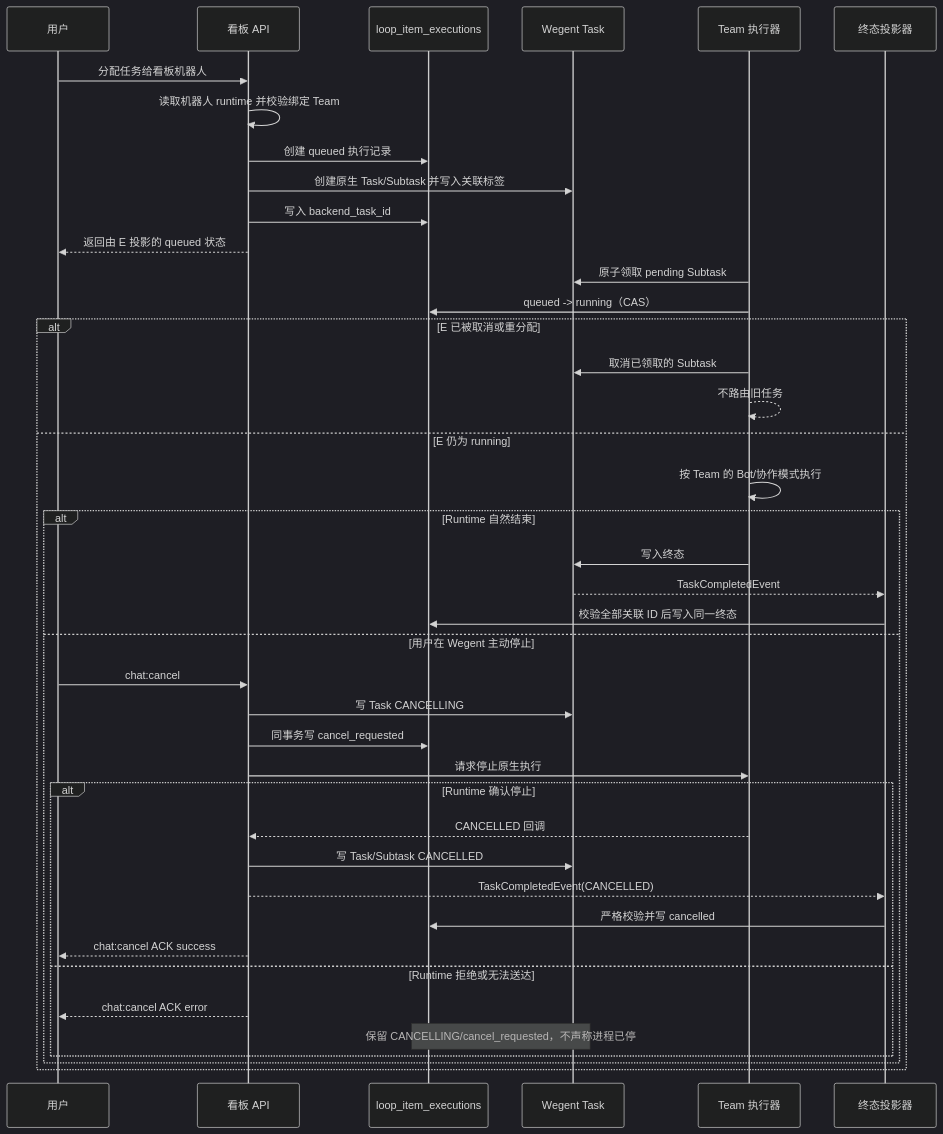
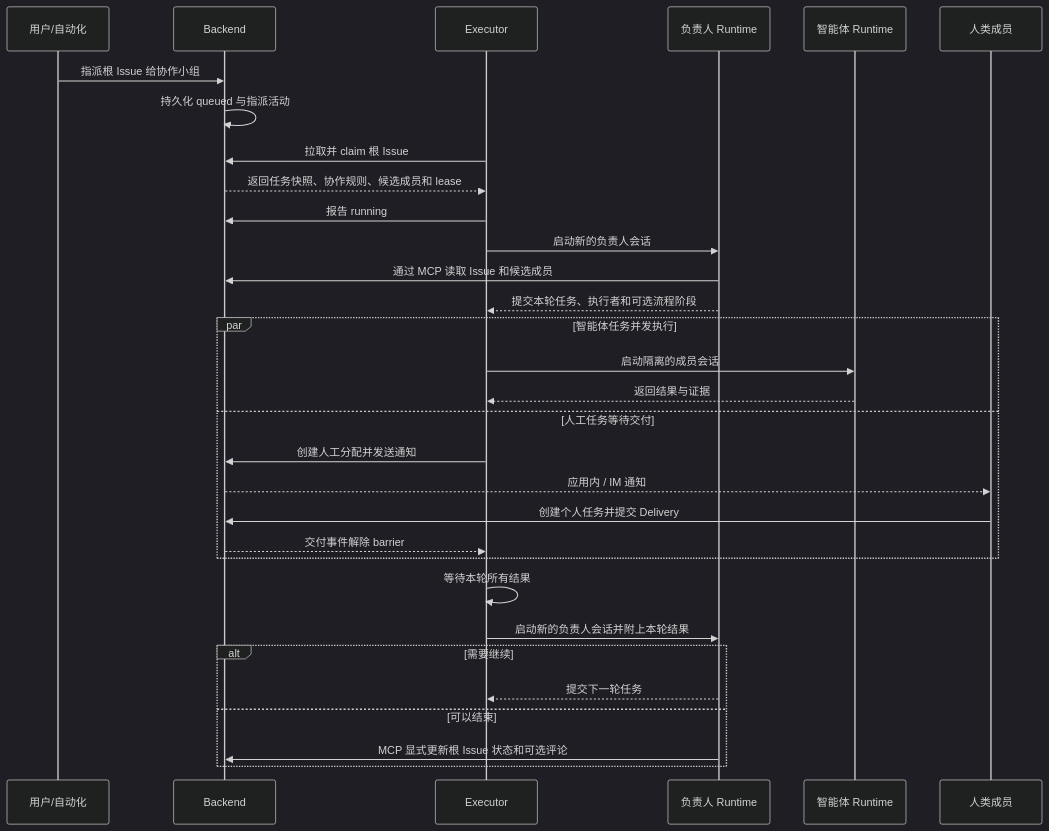
The second of 4 diagrams in i18n/zh/docusaurus-plugin-content-docs/current/wegent/developer-guide/cloud-project-collaboration.md (wecode-ai/wegent-docs), drawn with Mermaid (dark theme) before and after one commit. The commit also changed other lines of this file and 5 other files, not shown here.

````diff
--- a/i18n/zh/docusaurus-plugin-content-docs/current/wegent/developer-guide/cloud-project-collaboration.md
+++ b/i18n/zh/docusaurus-plugin-content-docs/current/wegent/developer-guide/cloud-project-collaboration.md
@@ -341,44 +162,34 @@
 ```mermaid
 sequenceDiagram
-    participant U as 用户
-    participant B as 看板 API
-    participant E as loop_item_executions
-    participant T as Wegent Task
-    participant R as Team 执行器
-    participant C as 终态投影器
+    participant U as 用户/自动化
+    participant B as Backend
+    participant E as Executor
+    participant M as 负责人 Runtime
+    participant A as 智能体 Runtime
+    participant H as 人类成员
 
-    U->>B: 分配任务给看板机器人
-    B->>B: 读取机器人 runtime 并校验绑定 Team
-    B->>E: 创建 queued 执行记录
-    B->>T: 创建原生 Task/Subtask 并写入关联标签
-    B->>E: 写入 backend_task_id
-    B-->>U: 返回由 E 投影的 queued 状态
-    R->>T: 原子领取 pending Subtask
-    R->>E: queued -> running（CAS）
-    alt E 已被取消或重分配
-        R->>T: 取消已领取的 Subtask
-        R-->>R: 不路由旧任务
-    else E 仍为 running
-        R->>R: 按 Team 的 Bot/协作模式执行
-        alt Runtime 自然结束
-            R->>T: 写入终态
-            T-->>C: TaskCompletedEvent
-            C->>E: 校验全部关联 ID 后写入同一终态
-        else 用户在 Wegent 主动停止
-            U->>B: chat:cancel
-            B->>T: 写 Task CANCELLING
-            B->>E: 同事务写 cancel_requested
-            B->>R: 请求停止原生执行
-            alt Runtime 确认停止
-                R-->>B: CANCELLED 回调
-                B->>T: 写 Task/Subtask CANCELLED
-                B-->>C: TaskCompletedEvent(CANCELLED)
-                C->>E: 严格校验并写 cancelled
-                B-->>U: chat:cancel ACK success
-            else Runtime 拒绝或无法送达
-                B-->>U: chat:cancel ACK error
-                Note over T,E: 保留 CANCELLING/cancel_requested，不声称进程已停
-            end
-        end
+    U->>B: 指派根 Issue 给协作小组
+    B->>B: 持久化 queued 与指派活动
+    E->>B: 拉取并 claim 根 Issue
+    B-->>E: 返回任务快照、协作规则、候选成员和 lease
+    E->>B: 报告 running
+    E->>M: 启动新的负责人会话
+    M->>B: 通过 MCP 读取 Issue 和候选成员
+    M-->>E: 提交本轮任务、执行者和可选流程阶段
+    par 智能体任务并发执行
+        E->>A: 启动隔离的成员会话
+        A-->>E: 返回结果与证据
+    and 人工任务等待交付
+        E->>B: 创建人工分配并发送通知
+        B-->>H: 应用内 / IM 通知
+        H->>B: 创建个人任务并提交 Delivery
+        B-->>E: 交付事件解除 barrier
+    end
+    E->>E: 等待本轮所有结果
+    E->>M: 启动新的负责人会话并附上本轮结果
+    alt 需要继续
+        M-->>E: 提交下一轮任务
+    else 可以结束
+        M->>B: MCP 显式更新根 Issue 状态和可选评论
     end
 ```
````
